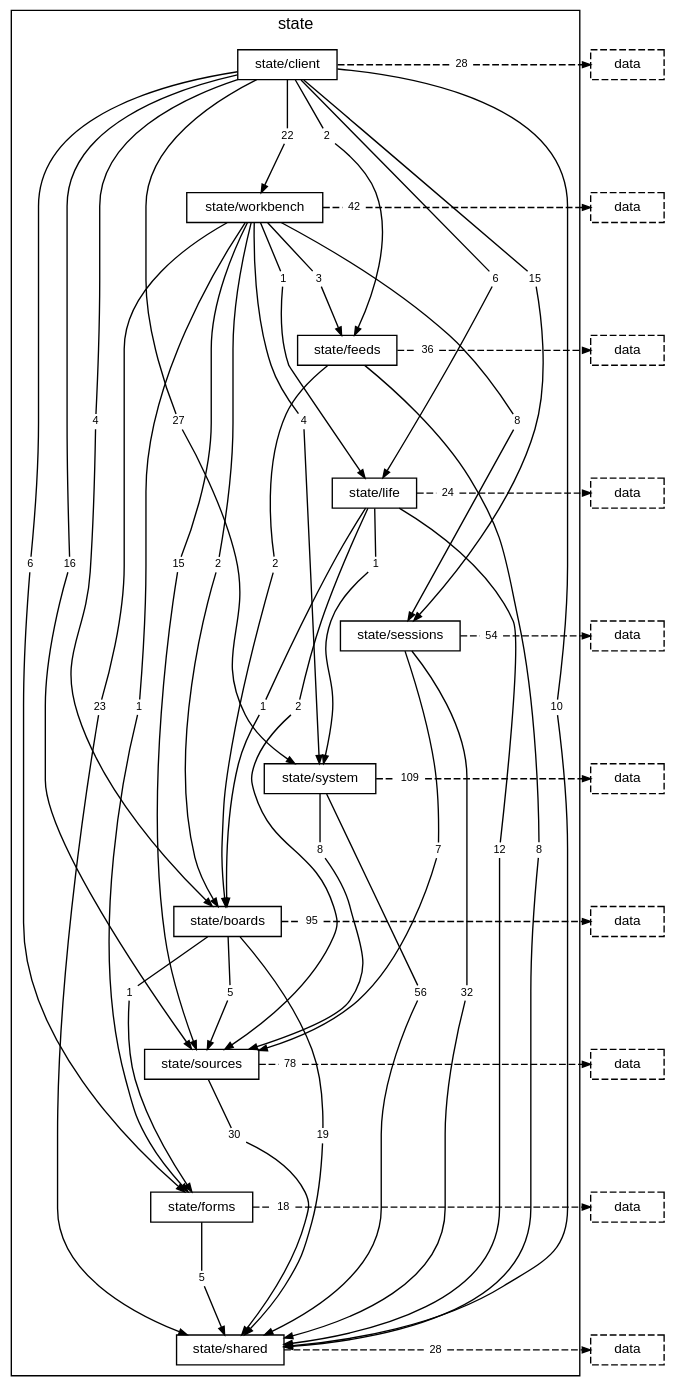
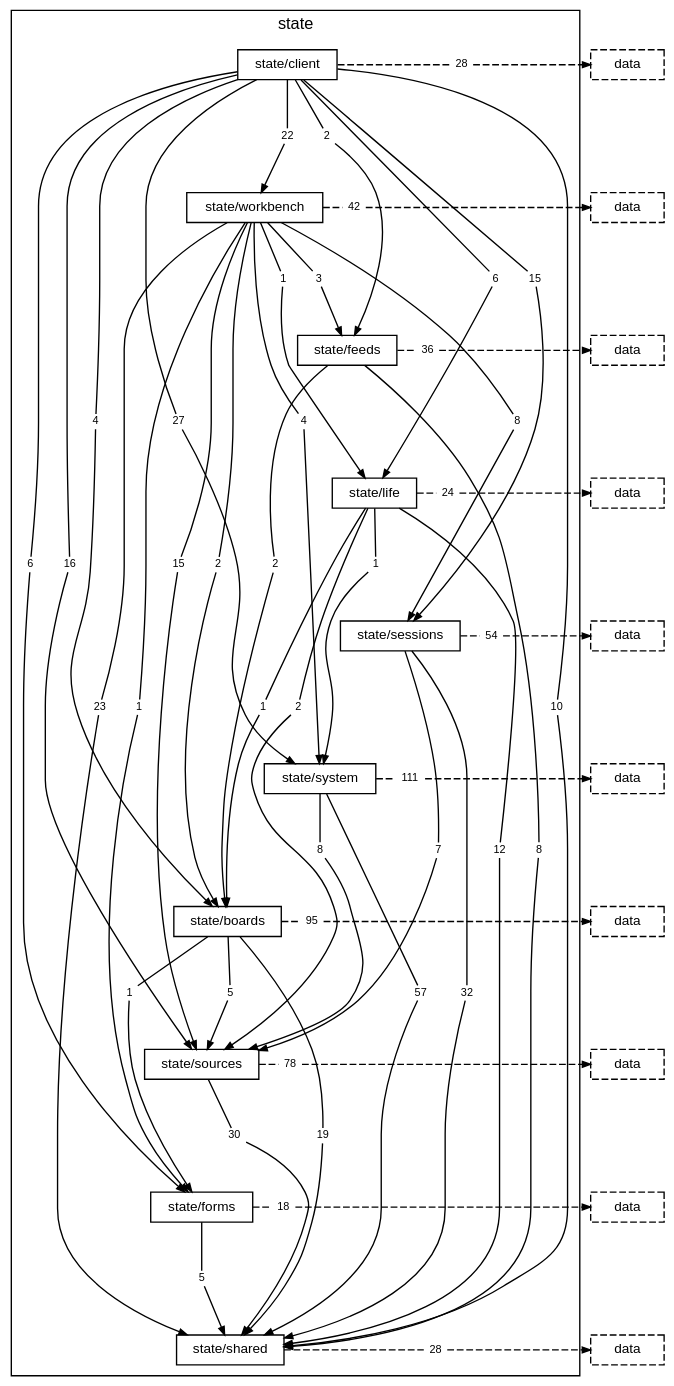
Before and after one commit to TheAxeC/oculus: the diagram in docs/diagrams/layer-state.dot, drawn with Graphviz. The commit also changed 269 other files, not shown here.

```diff
--- a/docs/diagrams/layer-state.dot
+++ b/docs/diagrams/layer-state.dot
@@ -44,9 +44,9 @@
         "folder state/sessions to folder state/shared" [label="32", shape=box, color="transparent", fontsize=8, width=0, height=0, margin="0.04,0.02"];
         "folder state/sessions to folder state/sources" [label="7", shape=box, color="transparent", fontsize=8, width=0, height=0, margin="0.04,0.02"];
         "folder state/sessions to layer data" [label="54", shape=box, color="transparent", fontsize=8, width=0, height=0, margin="0.04,0.02"];
-        "folder state/system to folder state/shared" [label="56", shape=box, color="transparent", fontsize=8, width=0, height=0, margin="0.04,0.02"];
+        "folder state/system to folder state/shared" [label="57", shape=box, color="transparent", fontsize=8, width=0, height=0, margin="0.04,0.02"];
         "folder state/system to folder state/sources" [label="8", shape=box, color="transparent", fontsize=8, width=0, height=0, margin="0.04,0.02"];
-        "folder state/system to layer data" [label="109", shape=box, color="transparent", fontsize=8, width=0, height=0, margin="0.04,0.02"];
+        "folder state/system to layer data" [label="111", shape=box, color="transparent", fontsize=8, width=0, height=0, margin="0.04,0.02"];
         "folder state/boards to folder state/forms" [label="1", shape=box, color="transparent", fontsize=8, width=0, height=0, margin="0.04,0.02"];
         "folder state/boards to folder state/shared" [label="19", shape=box, color="transparent", fontsize=8, width=0, height=0, margin="0.04,0.02"];
         "folder state/boards to folder state/sources" [label="5", shape=box, color="transparent", fontsize=8, width=0, height=0, margin="0.04,0.02"];
```
